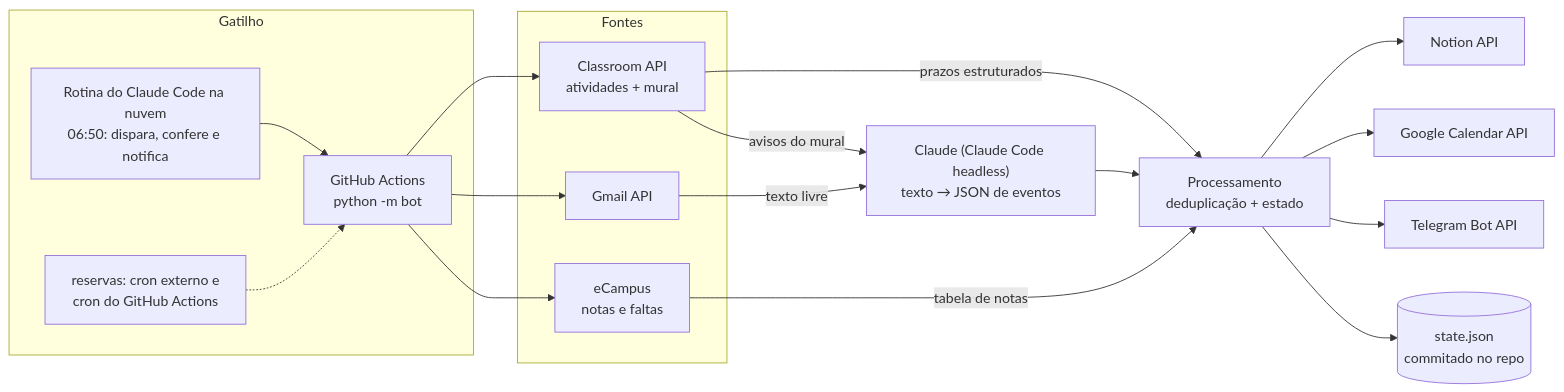
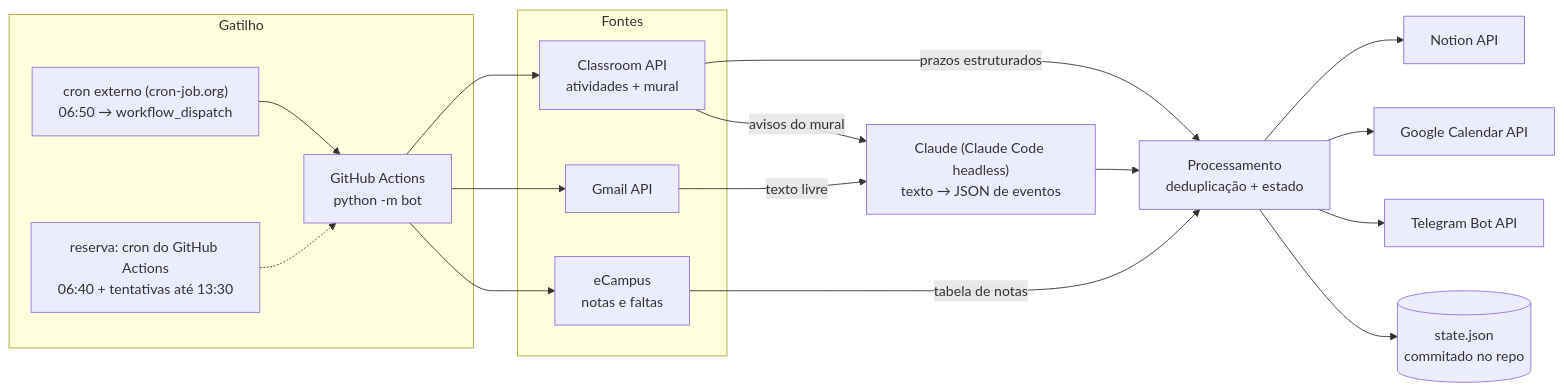
The diagram in README.md (samymallmann/assistente-academico), drawn with Mermaid before and after one commit. The commit also changed other lines of this file, not shown here.

First line of the commit message:
README: disparo pelo cron externo; consumo medido da rotina

````diff
--- a/README.md
+++ b/README.md
@@ -60,26 +60,26 @@
 ```mermaid
 flowchart LR
     subgraph Gatilho
-        RT["Rotina do Claude Code na nuvem<br/>06:50: dispara, confere e notifica"] --> GA
-        CR["reservas: cron externo e<br/>cron do GitHub Actions"] -.-> GA
+        CJ["cron externo (cron-job.org)<br/>06:50 → workflow_dispatch"] --> GA
+        CR["reserva: cron do GitHub Actions<br/>06:40 + tentativas até 13:30"] -.-> GA
     end
     GA["GitHub Actions<br/>python -m bot"]
 
     subgraph Fontes
         CL["Classroom API<br/>atividades + mural"]
         GM["Gmail API"]
         EC["eCampus<br/>notas e faltas"]
     end
 
     GA --> CL & GM & EC
     CL -->|prazos estruturados| PROC
     EC -->|tabela de notas| PROC
     GM -->|texto livre| LLM
     CL -->|avisos do mural| LLM
     LLM["Claude (Claude Code headless)<br/>texto → JSON de eventos"] --> PROC
 
     PROC["Processamento<br/>deduplicação + estado"] --> NO["Notion API"]
     PROC --> CA["Google Calendar API"]
     PROC --> TG["Telegram Bot API"]
     PROC --> ST[("state.json<br/>commitado no repo")]
 ```
````
